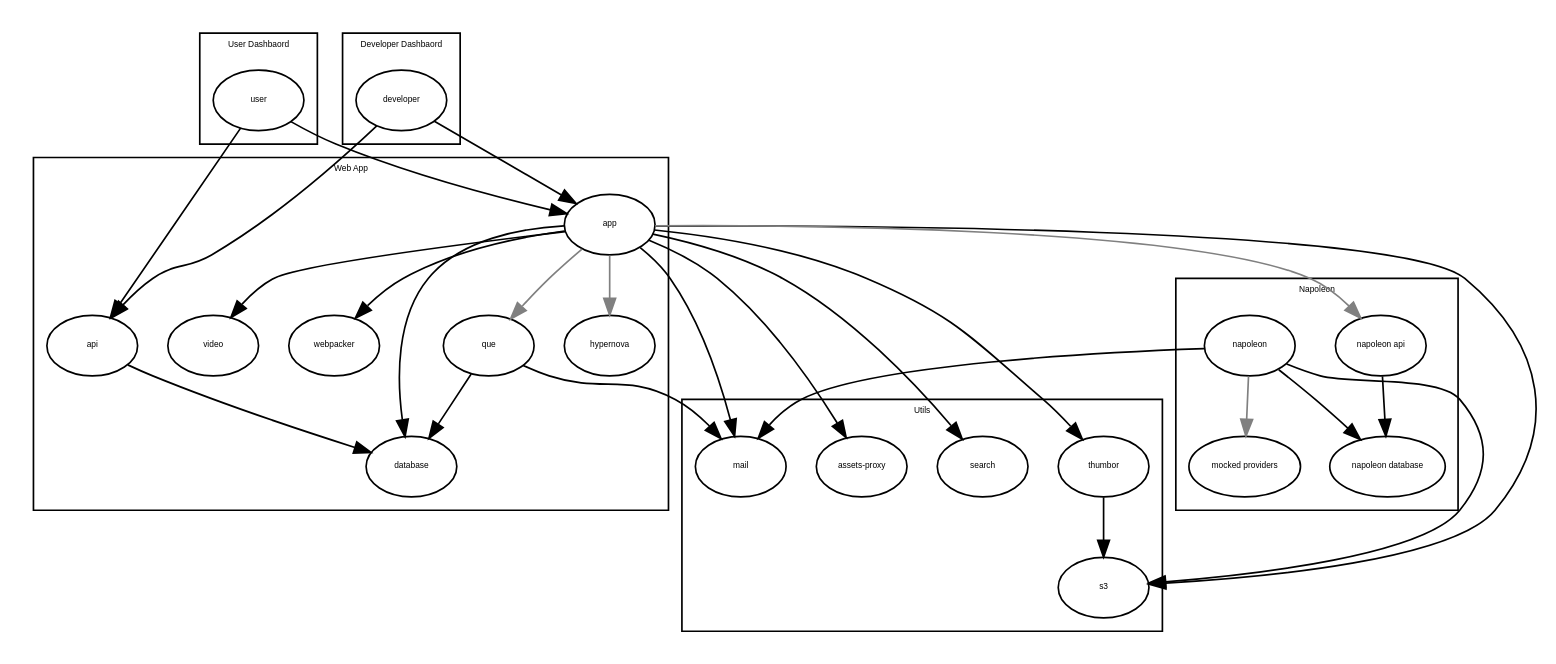
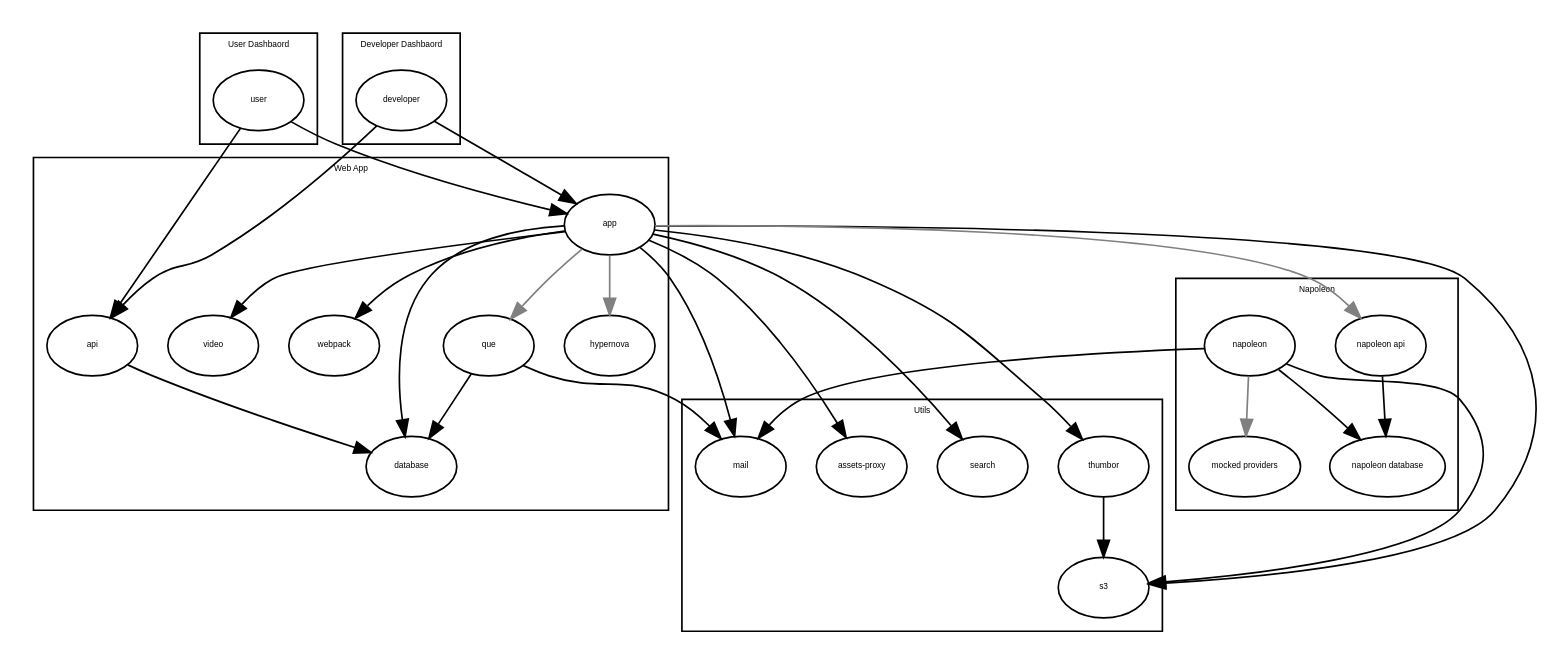
The diagram in services.gv (0xradical/respriter), drawn with Graphviz before and after one commit. The commit also changed 78 other files, not shown here.

```diff
--- a/services.gv
+++ b/services.gv
@@ -1,107 +1,107 @@
 digraph G {
   graph [ fontname=Helvetica, fontcolor=black, fontsize=5 ];
   node  [ fontname=Helvetica, fontcolor=black, fontsize=5 ];
   edge  [ fontname=Helvetica, fontcolor=black, fontsize=5 ];
 
   compound=true
 
   subgraph cluster_0 {
     label = "Utils";
 
     search       [ label="search"       ];
     s3           [ label="s3"           ];
     thumbor      [ label="thumbor",     ];
     mail         [ label="mail",        ];
     assets_proxy [ label="assets-proxy" ];
 /*    proxy        [ label="proxy",       ];*/
 
     thumbor -> s3;
 
     /*
     mail         -> proxy [ color="gray" ];
     thumbor      -> proxy [ color="gray" ];
     s3           -> proxy [ color="gray" ];
     assets_proxy -> proxy [ color="gray" ];
     */
   }
 
   subgraph cluster_1 {
     label = "Web App";
 
     app       [ label="app"       ];
-    webpacker [ label="webpacker" ];
+    webpack   [ label="webpack" ];
     que       [ label="que"       ];
     database  [ label="database"  ];
     hypernova [ label="hypernova" ];
     video     [ label="video"     ];
 
-    app -> webpacker;
+    app -> webpack;
     app -> que       [ color="gray" ];
     app -> hypernova [ color="gray" ];
 
     app -> database;
     que -> database;
     api -> database;
 
     app -> s3;
     app -> thumbor;
     app -> search;
     app -> assets_proxy;
     app -> video;
     app -> mail;
     que -> mail;
 
     /*
     app       -> proxy [ color="gray" ];
-    webpacker -> proxy [ color="gray" ];
+    webpack   -> proxy [ color="gray" ];
     hypernova -> proxy [ color="gray" ];
     */
   }
 
   subgraph cluster_2 {
     label = "Napoleon";
 
     database_napoleon [ label="napoleon database" ];
     api_napoleon      [ label="napoleon api"      ];
     napoleon          [ label="napoleon"          ];
     provider          [ label="mocked providers"  ];
 
     api_napoleon -> database_napoleon;
 
     napoleon -> database_napoleon;
     napoleon -> s3;
     napoleon -> mail;
     napoleon -> provider [ color="gray" ];
 
     app -> api_napoleon [ color="gray" ];
 
     /*
     api_napoleon -> proxy [ color="gray" ];
     provider     -> proxy [ color="gray" ];
     */
   }
 
   subgraph cluster_3 {
     label = "User Dashbaord";
 
     user [ label="user" ];
     user -> app;
     user -> api;
 
     /*
     user -> proxy [ color="gray" ];
     */
   }
 
   subgraph cluster_4 {
     label = "Developer Dashbaord";
 
     developer [ label="developer" ];
     developer -> app;
     developer -> api;
 
     /*
     developer -> proxy [ color="gray" ];
     */
   }
 }
```
